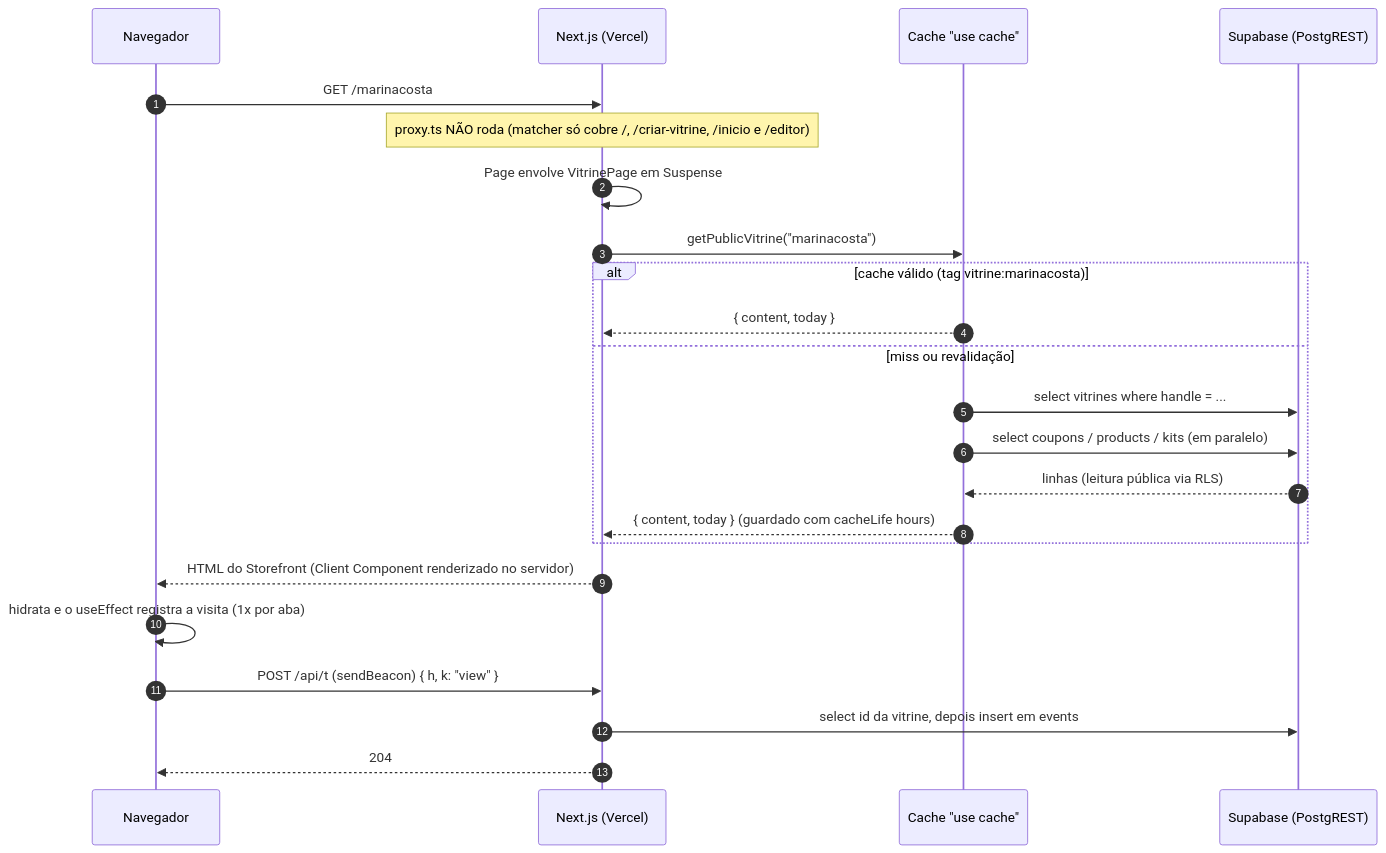
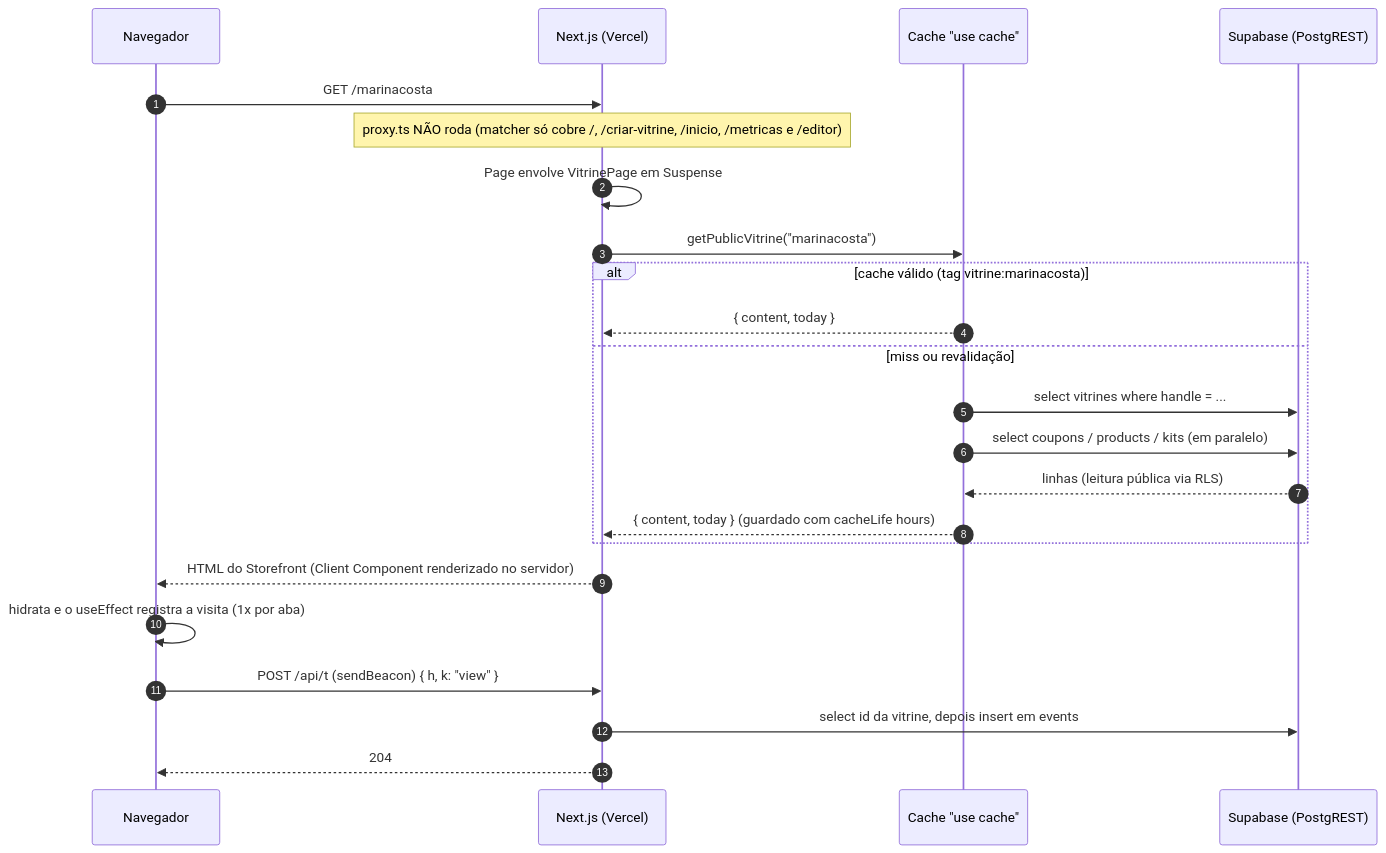
The third of 5 diagrams in docs/architecture.md (estevaons/myvitri), drawn with Mermaid before and after one commit. The commit also changed other lines of this file and 2 other files, not shown here.

Commit message:
Docs: sincroniza com as abas do /inicio e a página de métricas

````diff
--- a/docs/architecture.md
+++ b/docs/architecture.md
@@ -147,25 +206,25 @@
 ```mermaid
 sequenceDiagram
     autonumber
     participant B as Navegador
     participant N as Next.js (Vercel)
     participant C as Cache "use cache"
     participant S as Supabase (PostgREST)
     B->>N: GET /marinacosta
-    Note over N: proxy.ts NÃO roda (matcher só cobre /, /criar-vitrine, /inicio e /editor)
+    Note over N: proxy.ts NÃO roda (matcher só cobre /, /criar-vitrine, /inicio, /metricas e /editor)
     N->>N: Page envolve VitrinePage em Suspense
     N->>C: getPublicVitrine("marinacosta")
     alt cache válido (tag vitrine:marinacosta)
         C-->>N: { content, today }
     else miss ou revalidação
         C->>S: select vitrines where handle = ...
         C->>S: select coupons / products / kits (em paralelo)
         S-->>C: linhas (leitura pública via RLS)
         C-->>N: { content, today } (guardado com cacheLife hours)
     end
     N-->>B: HTML do Storefront (Client Component renderizado no servidor)
     B->>B: hidrata e o useEffect registra a visita (1x por aba)
     B->>N: POST /api/t (sendBeacon) { h, k: "view" }
     N->>S: select id da vitrine, depois insert em events
     N-->>B: 204
 ```
````
